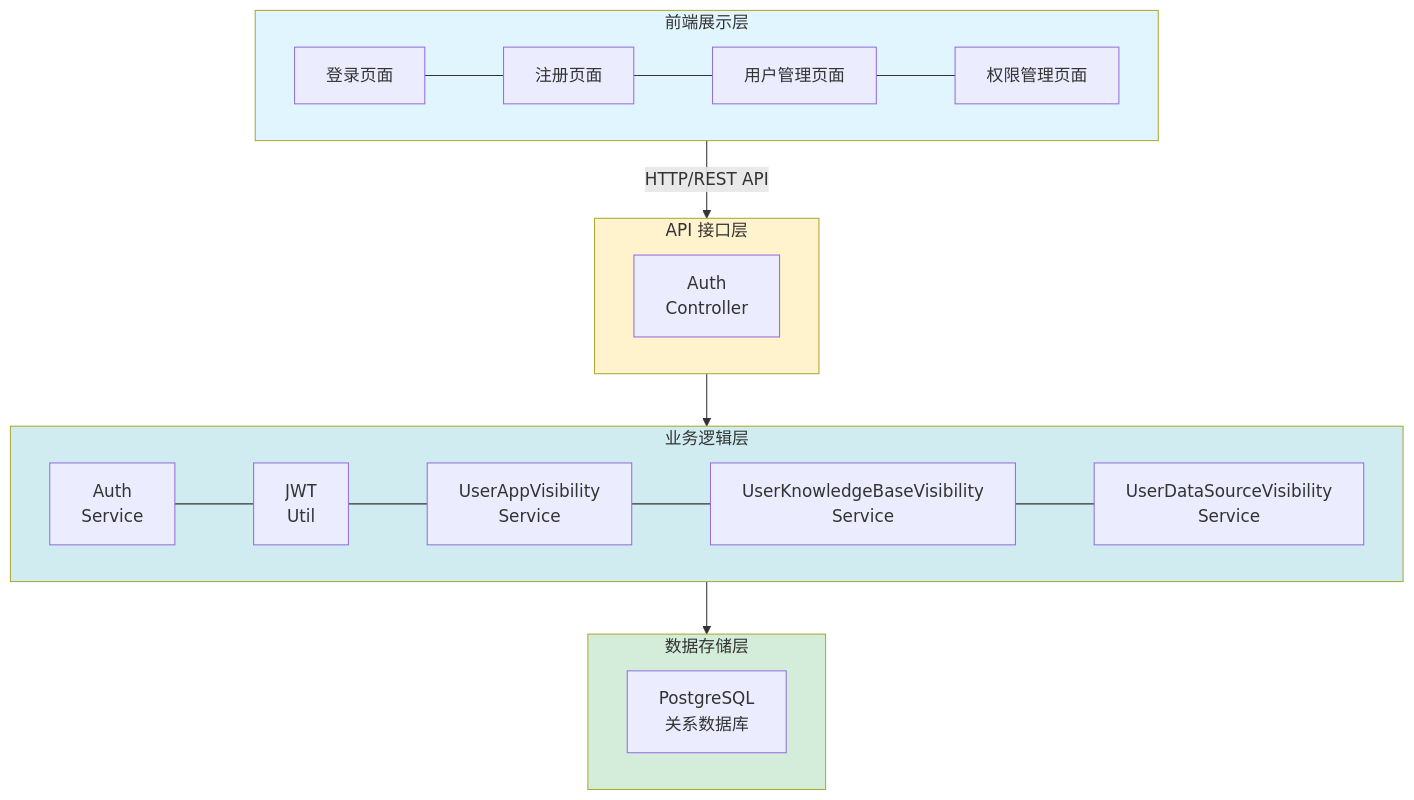
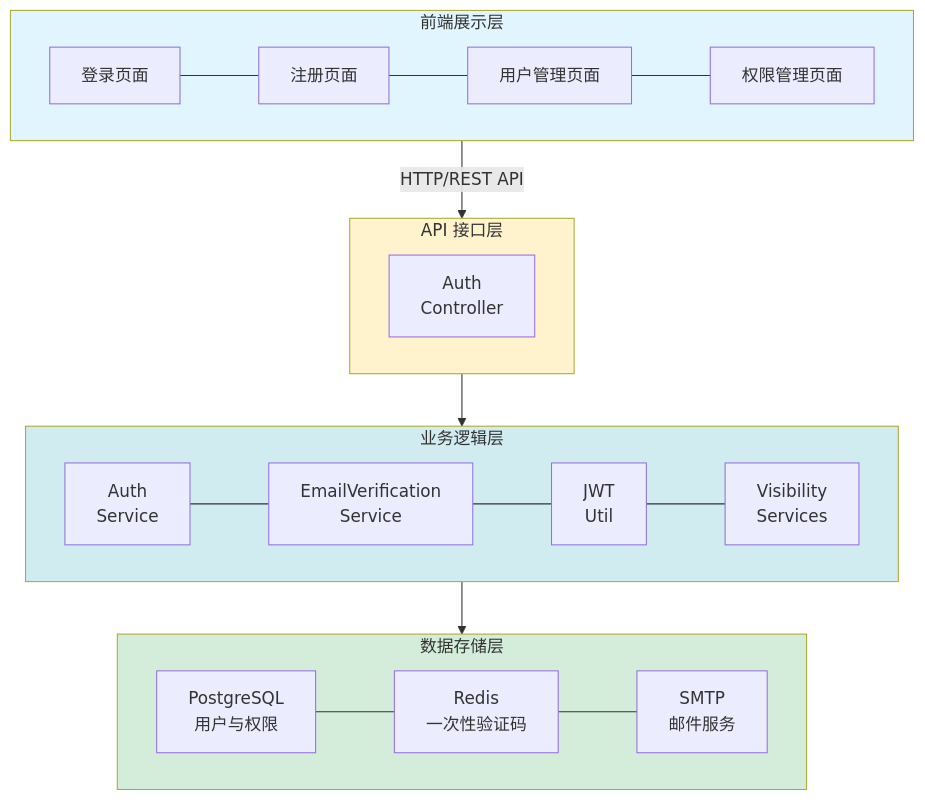
Before and after one commit to NanoAgentCode/DifyApp: the first of 5 diagrams in backend/doc/5.用户认证与授权功能设计文档.md, drawn with Mermaid. The commit also changed other lines of this file and 46 other files, not shown here.

````diff
--- a/backend/doc/5.用户认证与授权功能设计文档.md
+++ b/backend/doc/5.用户认证与授权功能设计文档.md
@@ -41,31 +44,31 @@
 ```mermaid
 flowchart TB
     subgraph Frontend["前端展示层"]
         direction LR
         A1[登录页面] --- A2[注册页面] --- A3[用户管理页面] --- A4[权限管理页面]
     end
     
     subgraph API["API 接口层"]
         direction LR
         B1[Auth<br/>Controller]
     end
     
     subgraph Service["业务逻辑层"]
         direction LR
-        C1[Auth<br/>Service] --- C2[JWT<br/>Util] --- C3[UserAppVisibility<br/>Service] --- C4[UserKnowledgeBaseVisibility<br/>Service] --- C5[UserDataSourceVisibility<br/>Service]
+        C1[Auth<br/>Service] --- C2[EmailVerification<br/>Service] --- C3[JWT<br/>Util] --- C4[Visibility<br/>Services]
     end
     
     subgraph Storage["数据存储层"]
         direction LR
-        D1[PostgreSQL<br/>关系数据库]
+        D1[PostgreSQL<br/>用户与权限] --- D2[Redis<br/>一次性验证码] --- D3[SMTP<br/>邮件服务]
     end
     
     Frontend -->|HTTP/REST API| API
     API --> Service
     Service --> Storage
     
     style Frontend fill:#e1f5ff
     style API fill:#fff3cd
     style Service fill:#d1ecf1
     style Storage fill:#d4edda
 ```
````
